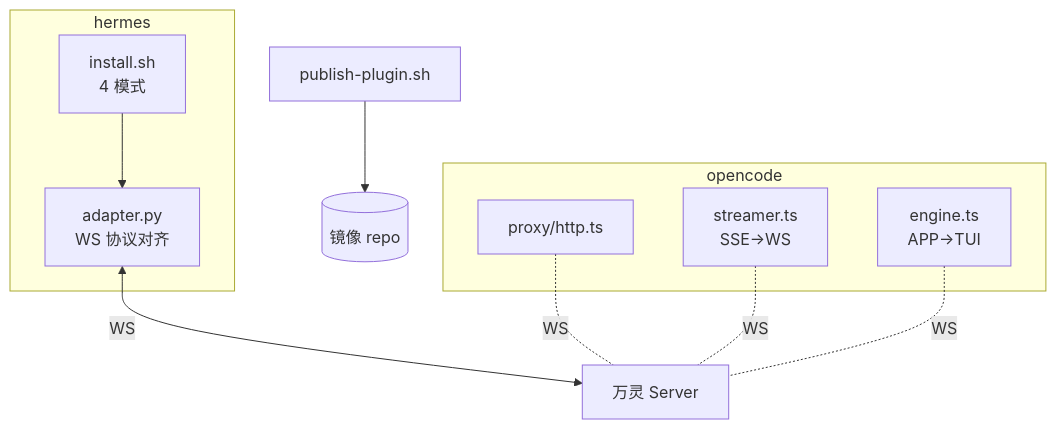
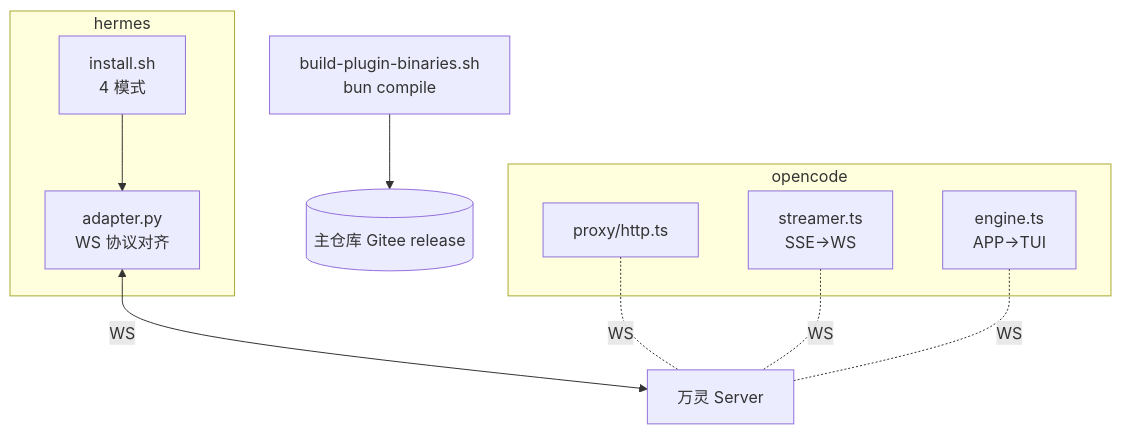
The diagram in plugin/CLAUDE.md (luoyu318/wanling), drawn with Mermaid before and after one commit. The commit also changed other lines of this file and 9 other files, not shown here.

````diff
--- a/plugin/CLAUDE.md
+++ b/plugin/CLAUDE.md
@@ -37,20 +37,20 @@
 ```mermaid
 flowchart TB
     subgraph hermes
         HINSTALL[install.sh<br/>4 模式]
         HADAPTER[adapter.py<br/>WS 协议对齐]
     end
     subgraph opencode
         OPROXY[proxy/http.ts]
         OSTREAMER[streamer.ts<br/>SSE→WS]
         OSYNC[engine.ts<br/>APP→TUI]
     end
-    PUBLISH[publish-plugin.sh]
+    PUBLISH[build-plugin-binaries.sh<br/>bun compile]
     
     HINSTALL --> HADAPTER
     HADAPTER <-->|WS| SERVER[万灵 Server]
     OPROXY -. WS .- SERVER
     OSTREAMER -. WS .- SERVER
     OSYNC -. WS .- SERVER
-    PUBLISH --> MIRROR[(镜像 repo)]
+    PUBLISH --> REL[(主仓库 Gitee release)]
 ```
````
